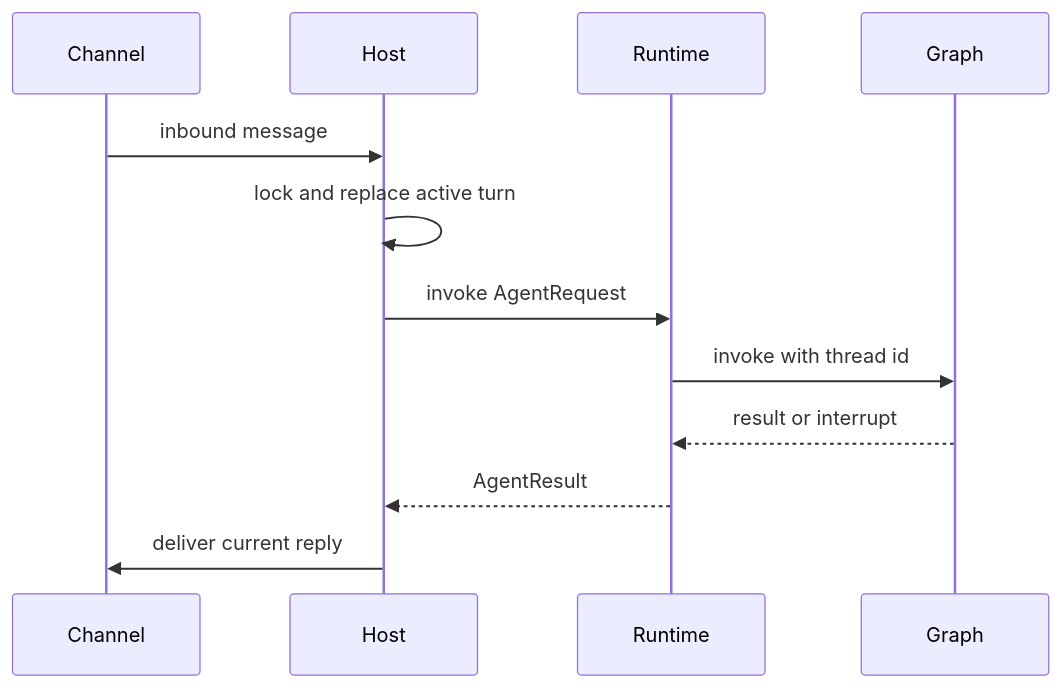
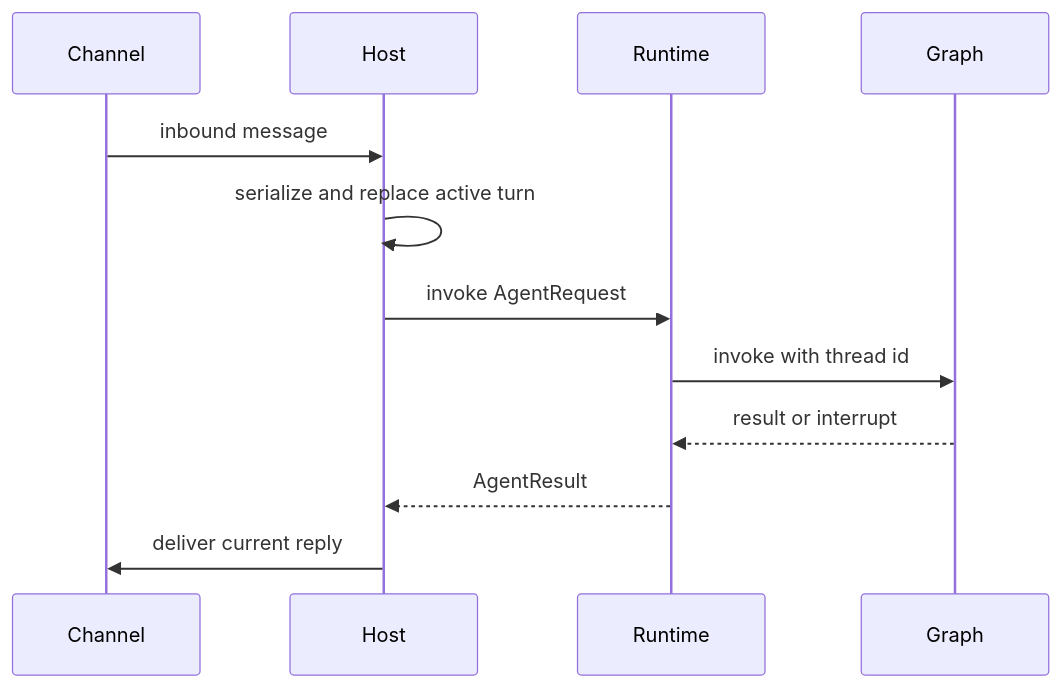
The first of 2 diagrams in openwiki/integrations/talon.md (langchain-ai/deepagents), drawn with Mermaid before and after one commit. The commit also changed other lines of this file and 55 other files, not shown here.

````diff
--- a/openwiki/integrations/talon.md
+++ b/openwiki/integrations/talon.md
@@ -58,14 +78,14 @@
 ```mermaid
 sequenceDiagram
     participant Channel
     participant Host
     participant Runtime
     participant Graph
     Channel->>Host: inbound message
-    Host->>Host: lock and replace active turn
+    Host->>Host: serialize and replace active turn
     Host->>Runtime: invoke AgentRequest
     Runtime->>Graph: invoke with thread id
     Graph-->>Runtime: result or interrupt
     Runtime-->>Host: AgentResult
     Host->>Channel: deliver current reply
 ```
````
